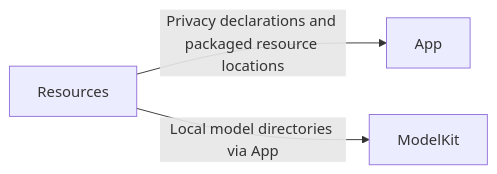
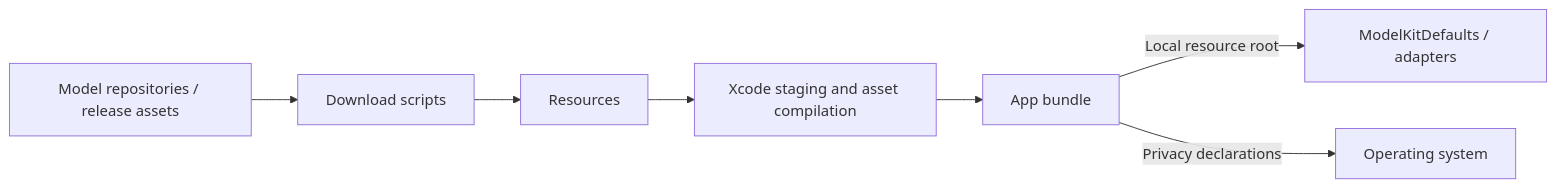
One commit to devilyouwei/MobileHarness changed the first of 2 diagrams in MobileHarness/Resources/README.md. Above: the diagram before and after it, drawn with Mermaid. The commit also changed other lines of this file and 53 other files, not shown here.

````diff
--- a/MobileHarness/Resources/README.md
+++ b/MobileHarness/Resources/README.md
@@ -9,5 +23,9 @@
 ```mermaid
 flowchart LR
-    Resources -->|Privacy declarations and packaged resource locations| App
-    Resources -->|Local model directories via App| ModelKit
+    Upstream[Model repositories / release assets] --> Scripts[Download scripts]
+    Scripts --> Resources
+    Resources --> Build[Xcode staging and asset compilation]
+    Build --> App[App bundle]
+    App -->|Local resource root| Models[ModelKitDefaults / adapters]
+    App -->|Privacy declarations| OS[Operating system]
 ```
````
